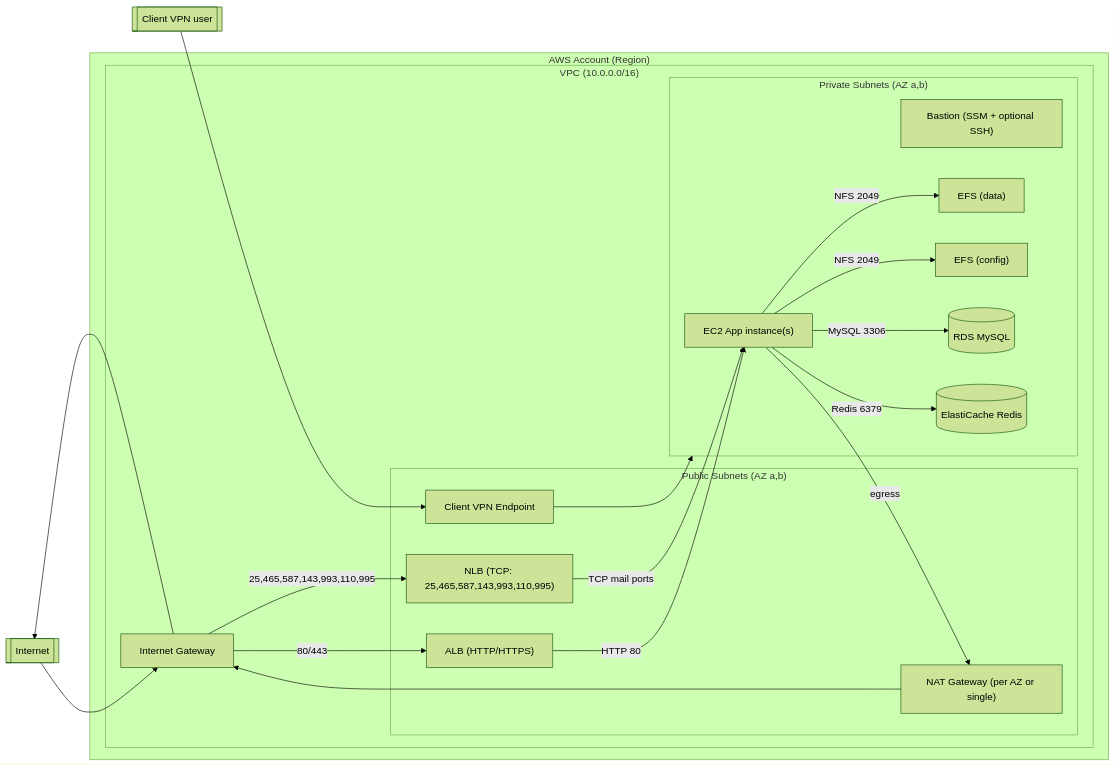
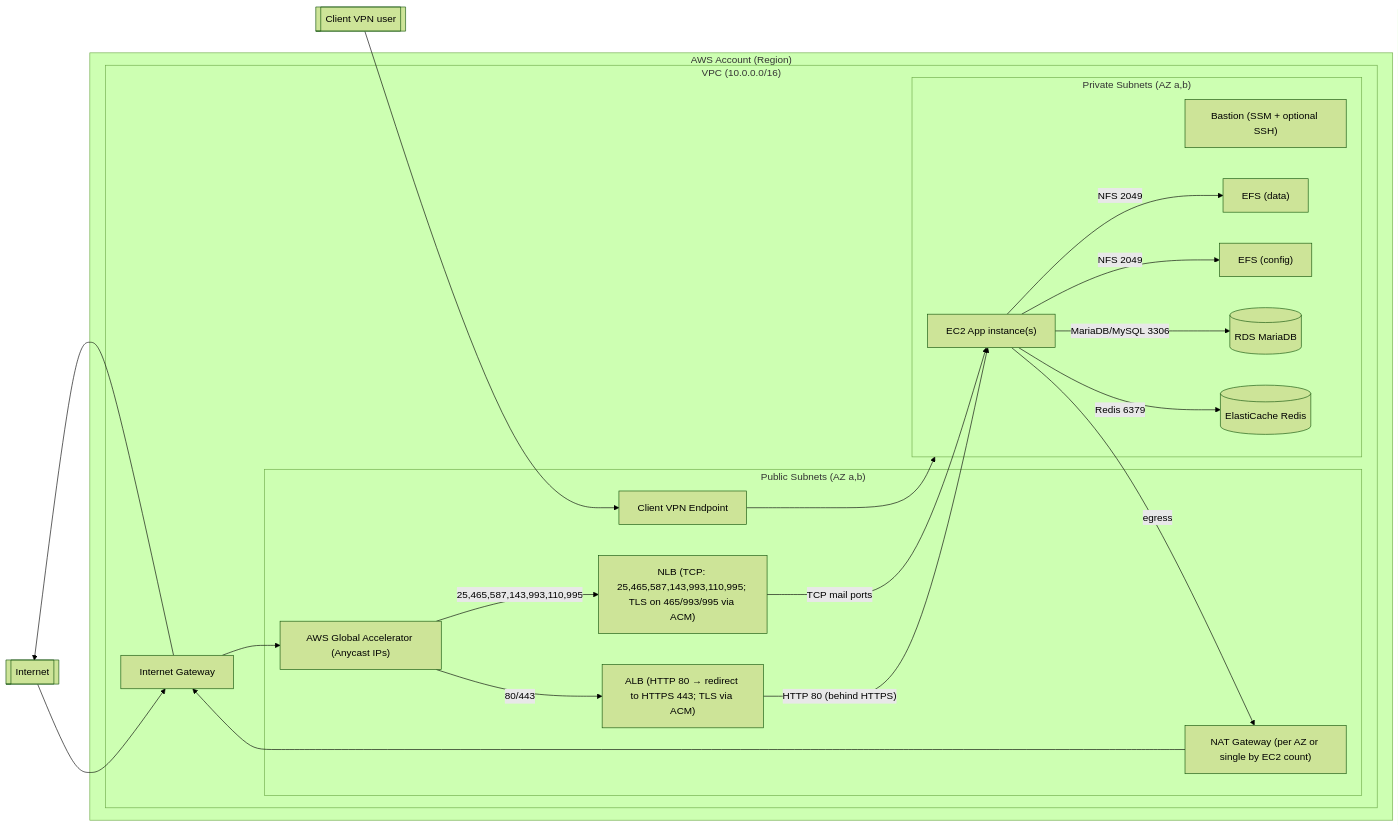
One commit to spetr/iw-terraform changed the diagram in ARCHITECTURE.md. Above: the diagram before and after it, drawn with Mermaid (forest theme). The commit also changed other lines of this file, not shown here.

Commit message:
Aktualizace dokumentace

````diff
--- a/ARCHITECTURE.md
+++ b/ARCHITECTURE.md
@@ -5,48 +5,50 @@
 ```mermaid
 flowchart LR
   Internet[[Internet]]
   Client[[Client VPN user]]
 
   subgraph AWS["AWS Account (Region)"]
     subgraph VPC["VPC (10.0.0.0/16)"]
       IGW["Internet Gateway"]
 
       subgraph Public["Public Subnets (AZ a,b)"]
-        ALB["ALB (HTTP/HTTPS)"]
-        NLB["NLB (TCP: 25,465,587,143,993,110,995)"]
-        NAT["NAT Gateway (per AZ or single)"]
+        GA["AWS Global Accelerator (Anycast IPs)"]
+        ALB["ALB (HTTP 80 → redirect to HTTPS 443; TLS via ACM)"]
+        NLB["NLB (TCP: 25,465,587,143,993,110,995; TLS on 465/993/995 via ACM)"]
+        NAT["NAT Gateway (per AZ or single by EC2 count)"]
         CVPN["Client VPN Endpoint"]
       end
 
       subgraph Private["Private Subnets (AZ a,b)"]
         EC2["EC2 App instance(s)"]
         Bastion["Bastion (SSM + optional SSH)"]
         EFS1["EFS (data)"]
         EFS2["EFS (config)"]
-        RDS[("RDS MySQL")]
+        RDS[("RDS MariaDB")]
         Redis[("ElastiCache Redis")]
       end
     end
   end
 
   %% Inbound from Internet
   Internet --> IGW
-  IGW -->|80/443| ALB
-  IGW -->|25,465,587,143,993,110,995| NLB
+  IGW --> GA
+  GA -->|80/443| ALB
+  GA -->|25,465,587,143,993,110,995| NLB
 
   %% Load balancer to EC2
-  ALB -->|HTTP 80| EC2
-  NLB -->|TCP mail ports| EC2
+  ALB -->|"HTTP 80 (behind HTTPS)"| EC2
+  NLB -->|"TCP mail ports"| EC2
 
   %% East-west inside VPC
   EC2 -- "NFS 2049" --> EFS1
   EC2 -- "NFS 2049" --> EFS2
-  EC2 -->|"MySQL 3306"| RDS
+  EC2 -->|"MariaDB/MySQL 3306"| RDS
   EC2 -->|"Redis 6379"| Redis
 
   %% Egress
   EC2 -->|egress| NAT --> IGW --> Internet
 
   %% VPN access into VPC
   Client --> CVPN --> Private
 ```
````
